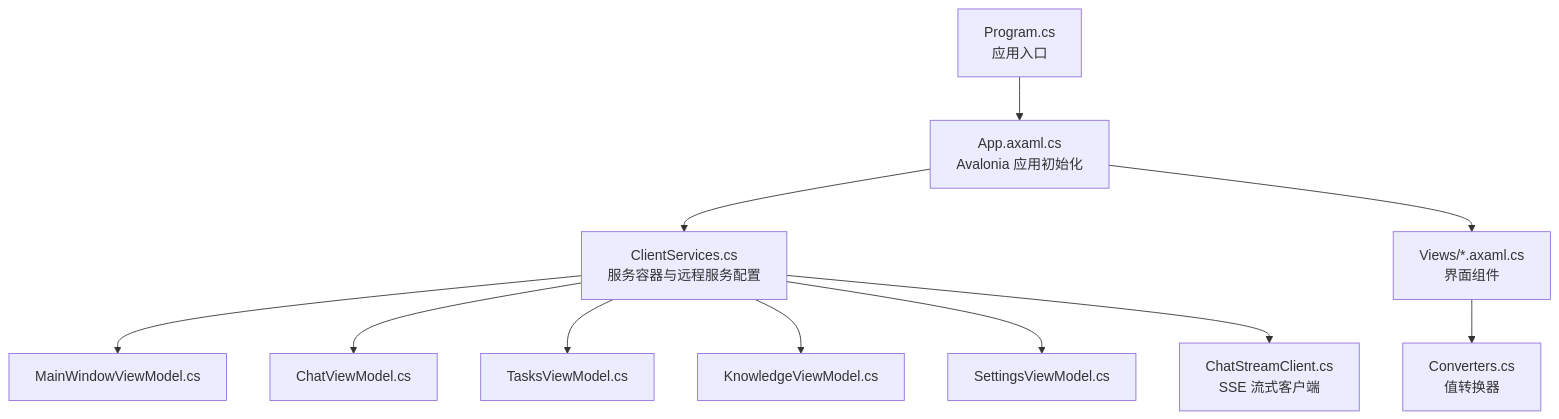
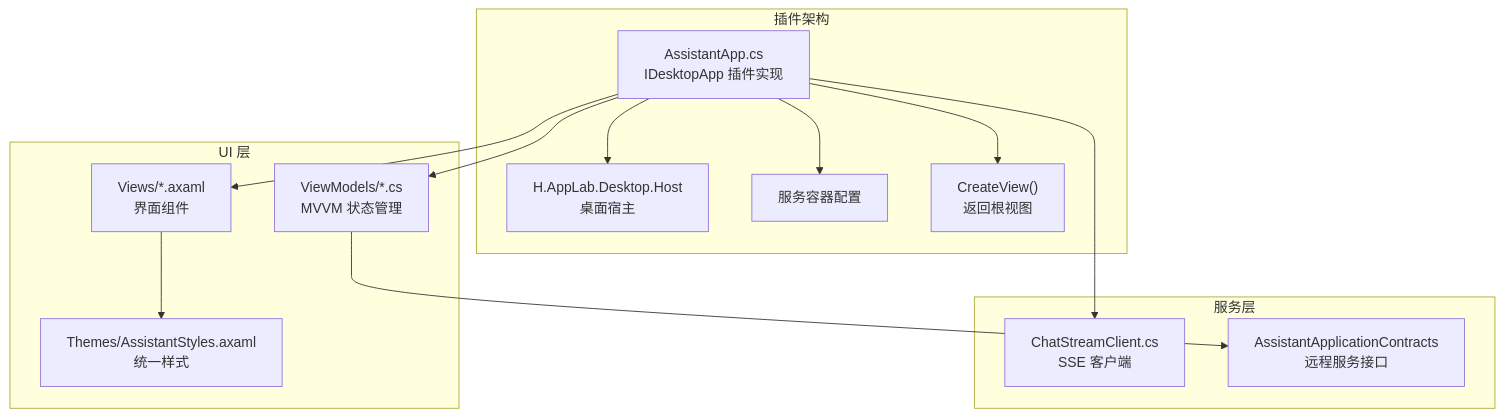
The first of 8 diagrams in .qoder/repowiki/zh/content/AI助手服务/桌面端应用/桌面端应用.md (openlowcodelab/lowcode), drawn with Mermaid before and after one commit. The commit also changed other lines of this file and 31 other files, not shown here.

Commit message:
H.AppLab.Desktop.Host 界面调整

````diff
--- a/.qoder/repowiki/zh/content/AI助手服务/桌面端应用/桌面端应用.md
+++ b/.qoder/repowiki/zh/content/AI助手服务/桌面端应用/桌面端应用.md
@@ -65,13 +51,22 @@
 ```mermaid
 graph TB
-Program["Program.cs<br/>应用入口"] --> App["App.axaml.cs<br/>Avalonia 应用初始化"]
-App --> ClientServices["ClientServices.cs<br/>服务容器与远程服务配置"]
-ClientServices --> VM_Main["MainWindowViewModel.cs"]
-ClientServices --> VM_Chat["ChatViewModel.cs"]
-ClientServices --> VM_Tasks["TasksViewModel.cs"]
-ClientServices --> VM_Knowledge["KnowledgeViewModel.cs"]
-ClientServices --> VM_Settings["SettingsViewModel.cs"]
-ClientServices --> ChatStream["ChatStreamClient.cs<br/>SSE 流式客户端"]
-App --> Views["Views/*.axaml.cs<br/>界面组件"]
-Views --> Converters["Converters.cs<br/>值转换器"]
+subgraph "插件架构"
+Plugin["AssistantApp.cs<br/>IDesktopApp 插件实现"] --> Host["H.AppLab.Desktop.Host<br/>桌面宿主"]
+Plugin --> Services["服务容器配置"]
+Plugin --> View["CreateView()<br/>返回根视图"]
+end
+subgraph "UI 层"
+ViewModels["ViewModels/*.cs<br/>MVVM 状态管理"]
+Views["Views/*.axaml<br/>界面组件"]
+Styles["Themes/AssistantStyles.axaml<br/>统一样式"]
+end
+subgraph "服务层"
+ChatStream["ChatStreamClient.cs<br/>SSE 客户端"]
+Contracts["AssistantApplicationContracts<br/>远程服务接口"]
+end
+Plugin --> ViewModels
+Plugin --> Views
+Plugin --> ChatStream
+Views --> Styles
+ViewModels --> Contracts
 ```
````
